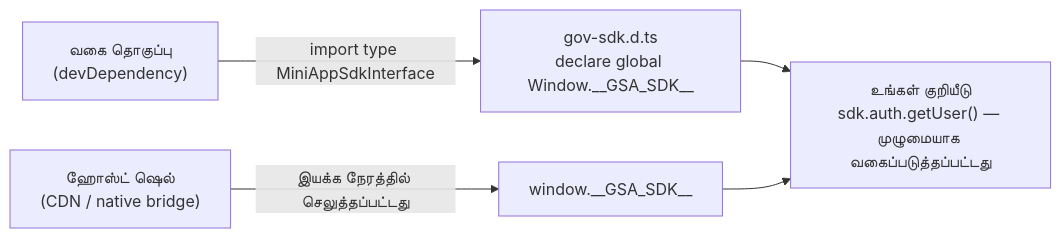
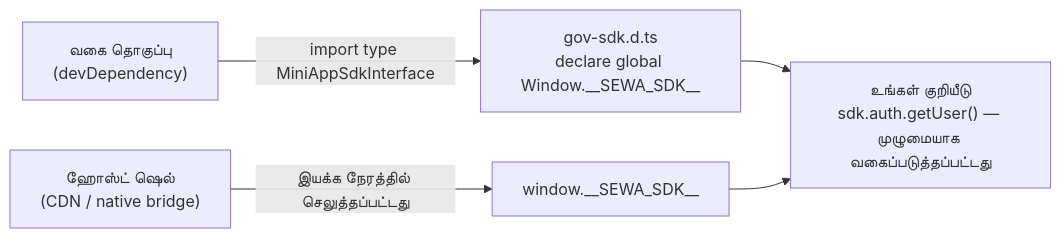
Before and after one commit to lizuzsusil/developer-portal: the diagram in i18n/ta/docusaurus-plugin-content-docs/current/getting-started.mdx, drawn with Mermaid. The commit also changed other lines of this file and 58 other files, not shown here.

````diff
--- a/i18n/ta/docusaurus-plugin-content-docs/current/getting-started.mdx
+++ b/i18n/ta/docusaurus-plugin-content-docs/current/getting-started.mdx
@@ -25,7 +25,7 @@
 ```mermaid
 flowchart LR
-    A["வகை தொகுப்பு<br/>(devDependency)"] -->|"import type MiniAppSdkInterface"| B["gov-sdk.d.ts<br/>declare global Window.__GSA_SDK__"]
+    A["வகை தொகுப்பு<br/>(devDependency)"] -->|"import type MiniAppSdkInterface"| B["gov-sdk.d.ts<br/>declare global Window.__SEWA_SDK__"]
     B --> C["உங்கள் குறியீடு<br/>sdk.auth.getUser() — முழுமையாக வகைப்படுத்தப்பட்டது"]
-    D["ஹோஸ்ட் ஷெல்<br/>(CDN / native bridge)"] -->|"இயக்க நேரத்தில் செலுத்தப்பட்டது"| E["window.__GSA_SDK__"]
+    D["ஹோஸ்ட் ஷெல்<br/>(CDN / native bridge)"] -->|"இயக்க நேரத்தில் செலுத்தப்பட்டது"| E["window.__SEWA_SDK__"]
     E --> C
 ```
````
